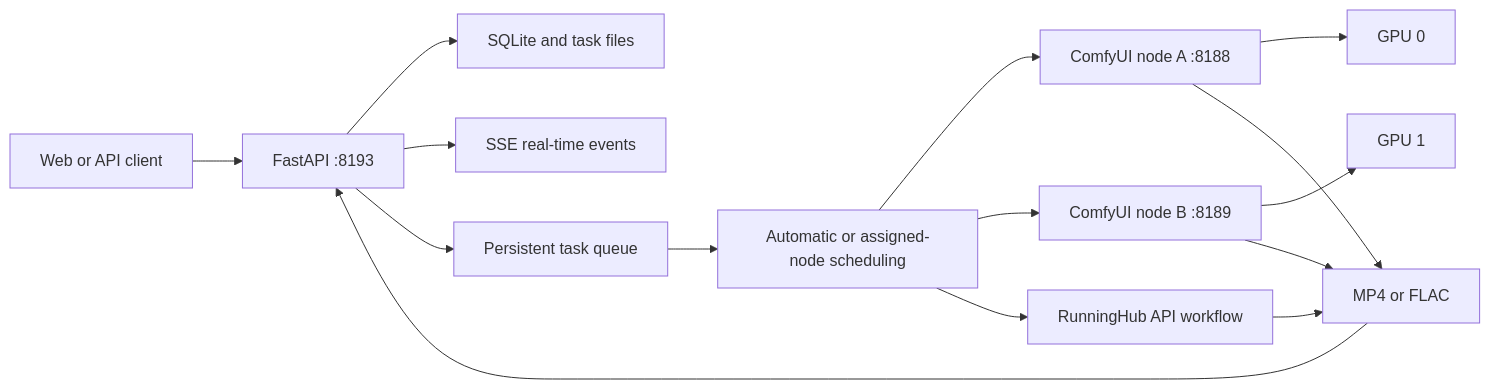
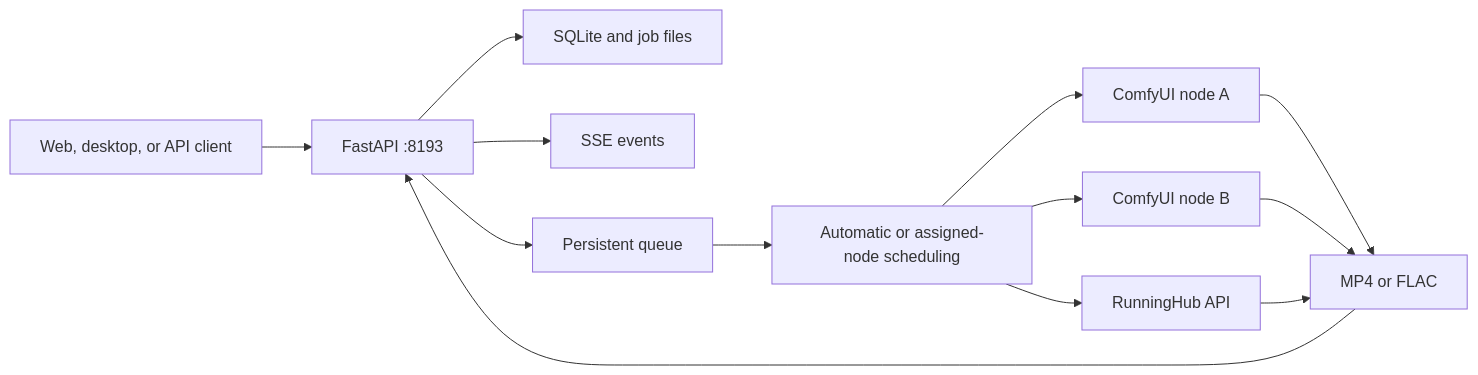
One commit to SekiyoKana/minimax-studio-webui changed the diagram in README.en.md. Above: the diagram before and after it, drawn with Mermaid. The commit also changed other lines of this file and 14 other files, not shown here.

````diff
--- a/README.en.md
+++ b/README.en.md
@@ -179,17 +96,15 @@
 ```mermaid
 flowchart LR
-    U["Web or API client"] --> A["FastAPI :8193"]
-    A --> D["SQLite and task files"]
-    A --> S["SSE real-time events"]
-    A --> Q["Persistent task queue"]
+    U["Web, desktop, or API client"] --> A["FastAPI :8193"]
+    A --> D["SQLite and job files"]
+    A --> S["SSE events"]
+    A --> Q["Persistent queue"]
     Q --> L["Automatic or assigned-node scheduling"]
-    L --> C1["ComfyUI node A :8188"]
-    L --> C2["ComfyUI node B :8189"]
-    L --> R["RunningHub API workflow"]
-    C1 --> G1["GPU 0"]
-    C2 --> G2["GPU 1"]
+    L --> C1["ComfyUI node A"]
+    L --> C2["ComfyUI node B"]
+    L --> R["RunningHub API"]
     C1 --> O["MP4 or FLAC"]
     C2 --> O
     R --> O
     O --> A
 ```
````
